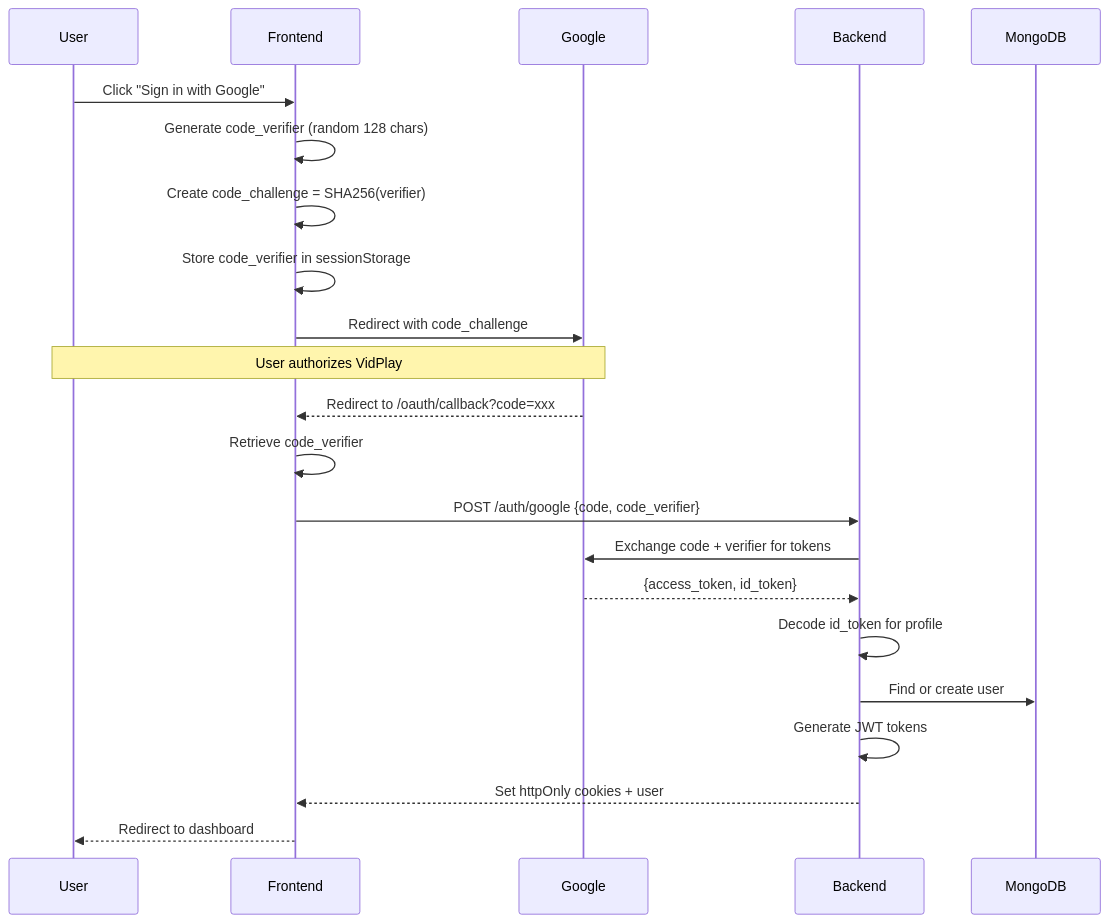
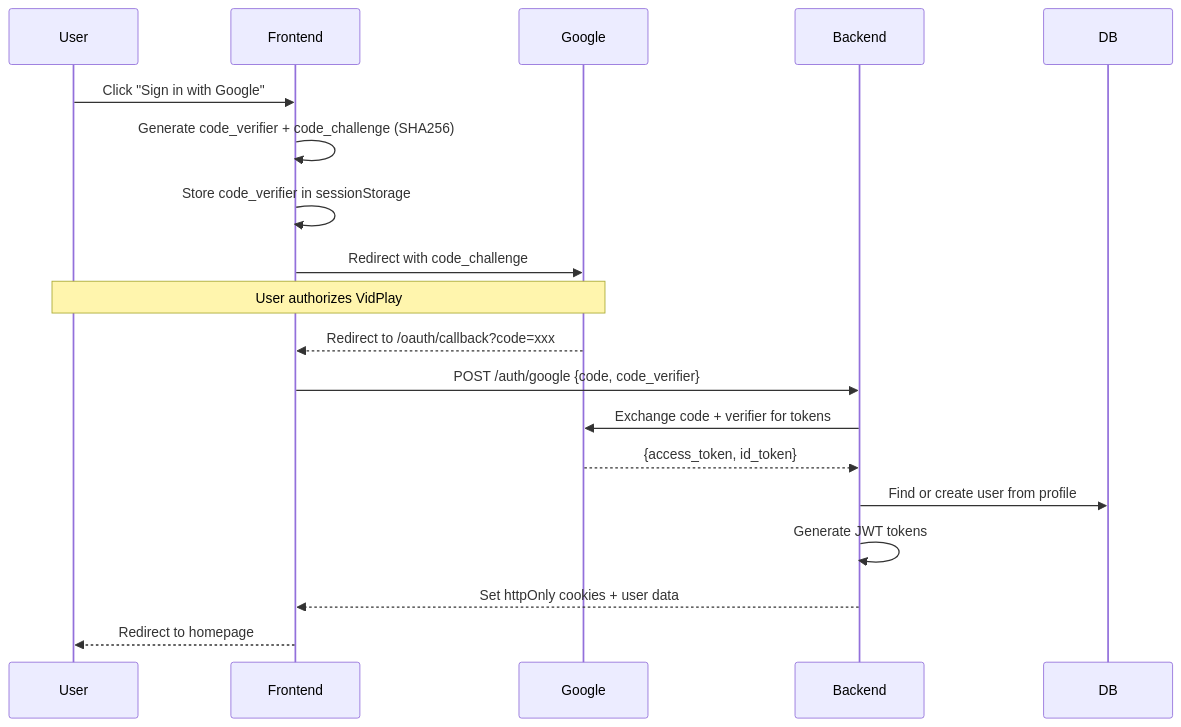
Before and after one commit to Makwana-Nikunj/b: the fourth of 4 diagrams in README.md, drawn with Mermaid. The commit also changed other lines of this file and 1 other file, not shown here.

````diff
--- a/README.md
+++ b/README.md
@@ -279,27 +495,24 @@
 ```mermaid
 sequenceDiagram
     participant User
     participant Frontend
     participant Google
     participant Backend
-    participant MongoDB
+    participant DB
 
     User->>Frontend: Click "Sign in with Google"
-    Frontend->>Frontend: Generate code_verifier (random 128 chars)
-    Frontend->>Frontend: Create code_challenge = SHA256(verifier)
+    Frontend->>Frontend: Generate code_verifier + code_challenge (SHA256)
     Frontend->>Frontend: Store code_verifier in sessionStorage
     Frontend->>Google: Redirect with code_challenge
-    
+
     Note over User,Google: User authorizes VidPlay
 
     Google-->>Frontend: Redirect to /oauth/callback?code=xxx
-    Frontend->>Frontend: Retrieve code_verifier
     Frontend->>Backend: POST /auth/google {code, code_verifier}
     Backend->>Google: Exchange code + verifier for tokens
     Google-->>Backend: {access_token, id_token}
-    Backend->>Backend: Decode id_token for profile
-    Backend->>MongoDB: Find or create user
+    Backend->>DB: Find or create user from profile
     Backend->>Backend: Generate JWT tokens
-    Backend-->>Frontend: Set httpOnly cookies + user
-    Frontend-->>User: Redirect to dashboard
+    Backend-->>Frontend: Set httpOnly cookies + user data
+    Frontend-->>User: Redirect to homepage
 ```
````
